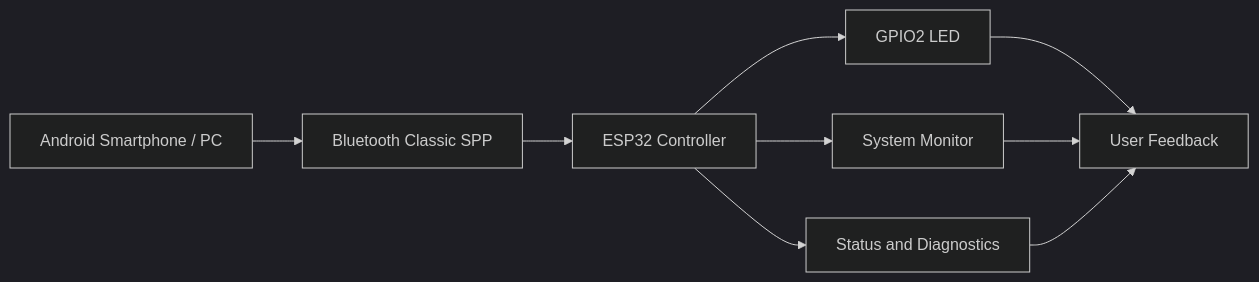
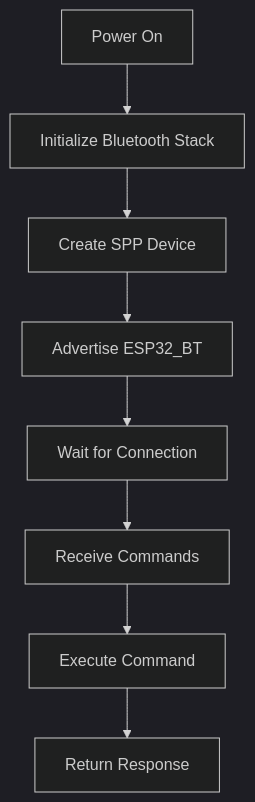
Before and after one commit to paulocfmarques-collab/esp32_bluetooth: the second of 4 diagrams in README.md, drawn with Mermaid (dark theme). The commit also changed other lines of this file, not shown here.

First line of the commit message:
Revise README for Bluetooth Device Management

````diff
--- a/README.md
+++ b/README.md
@@ -37,11 +126,17 @@
 ```mermaid
-flowchart LR
-    A[Android Smartphone / PC] --> B[Bluetooth Classic SPP]
-    B --> C[ESP32 Controller]
-    C --> D[GPIO2 LED]
-    C --> E[System Monitor]
-    C --> F[Status and Diagnostics]
-    D --> G[User Feedback]
-    E --> G
-    F --> G
+flowchart TD
+
+    A[Power On] --> B[Initialize Bluetooth Stack]
+
+    B --> C[Create SPP Device]
+
+    C --> D[Advertise ESP32_BT]
+
+    D --> E[Wait for Connection]
+
+    E --> F[Receive Commands]
+
+    F --> G[Execute Command]
+
+    G --> H[Return Response]
 ```
````
